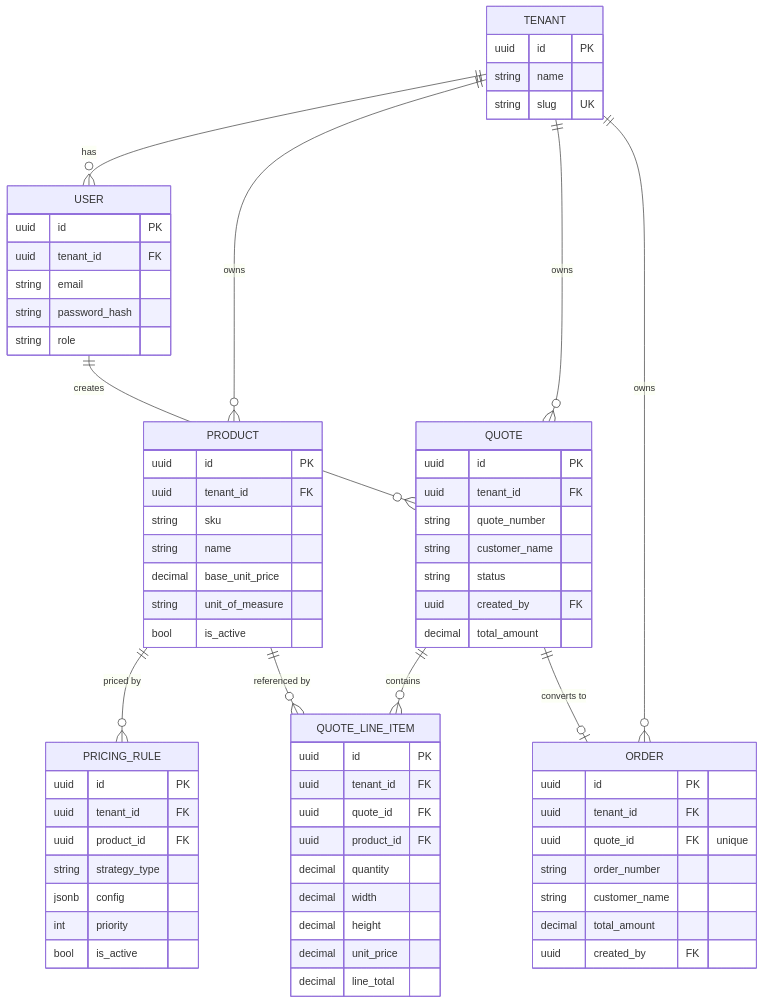
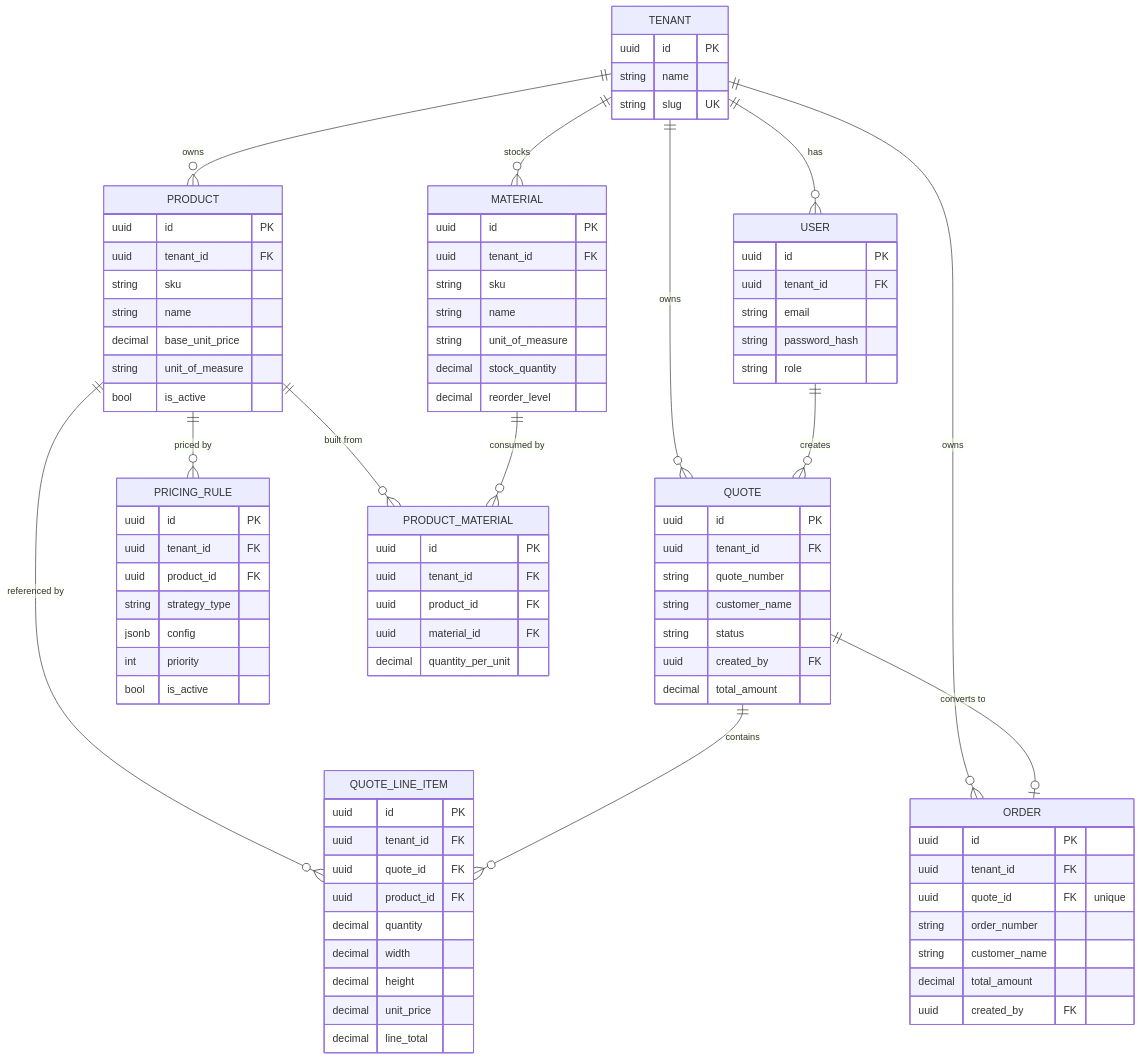
Before and after one commit to UygarGokcen/forgeflow: the diagram in README.md, drawn with Mermaid. The commit also changed other lines of this file and 16 other files, not shown here.

````diff
--- a/README.md
+++ b/README.md
@@ -157,8 +191,11 @@
     TENANT ||--o{ PRODUCT : owns
     TENANT ||--o{ QUOTE : owns
     TENANT ||--o{ ORDER : owns
+    TENANT ||--o{ MATERIAL : stocks
     PRODUCT ||--o{ PRICING_RULE : "priced by"
     PRODUCT ||--o{ QUOTE_LINE_ITEM : "referenced by"
+    PRODUCT ||--o{ PRODUCT_MATERIAL : "built from"
+    MATERIAL ||--o{ PRODUCT_MATERIAL : "consumed by"
     QUOTE ||--o{ QUOTE_LINE_ITEM : contains
     QUOTE ||--o| ORDER : "converts to"
     USER ||--o{ QUOTE : creates
@@ -222,4 +259,20 @@
         decimal total_amount
         uuid created_by FK
     }
+    MATERIAL {
+        uuid id PK
+        uuid tenant_id FK
+        string sku
+        string name
+        string unit_of_measure
+        decimal stock_quantity
+        decimal reorder_level
+    }
+    PRODUCT_MATERIAL {
+        uuid id PK
+        uuid tenant_id FK
+        uuid product_id FK
+        uuid material_id FK
+        decimal quantity_per_unit
+    }
 ```
````
